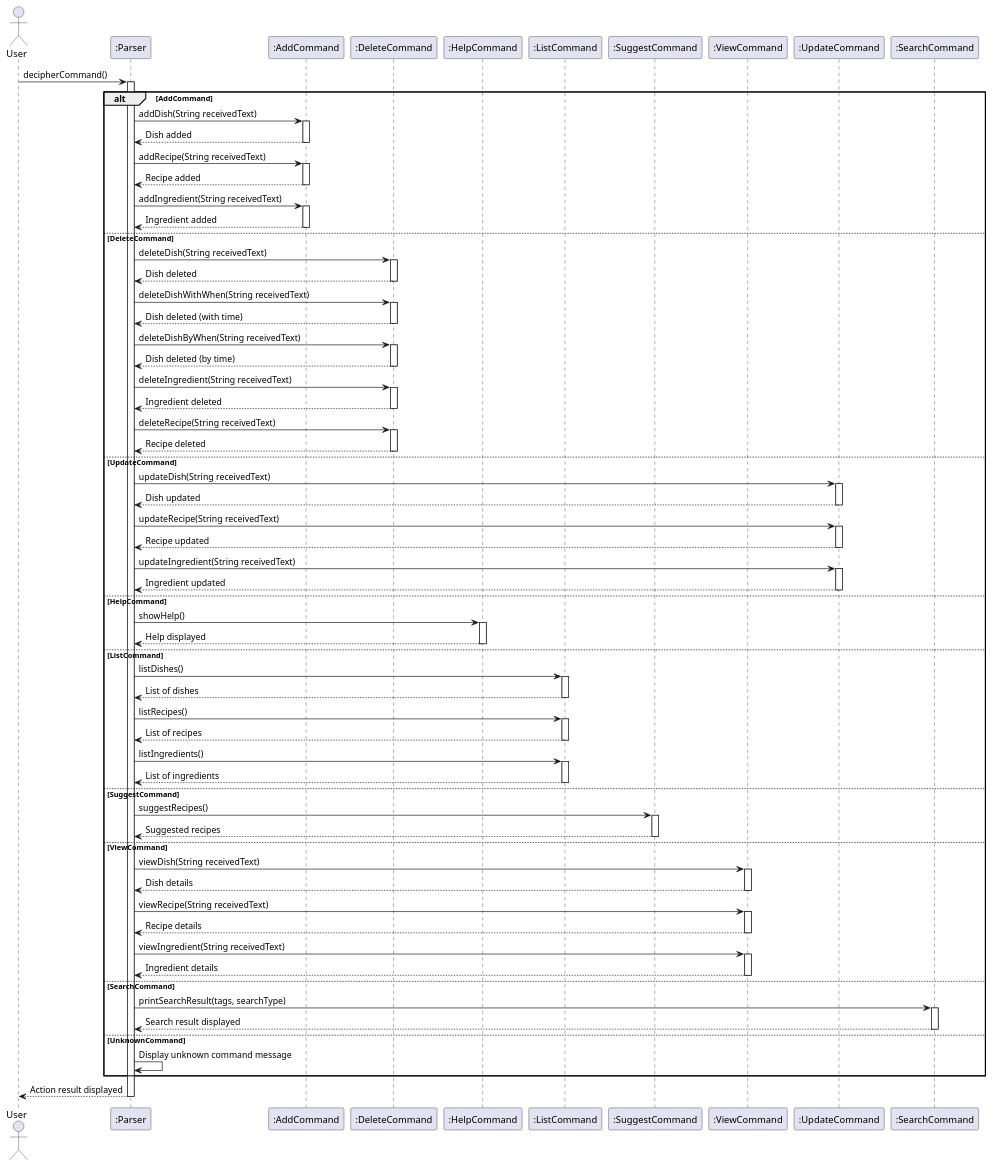
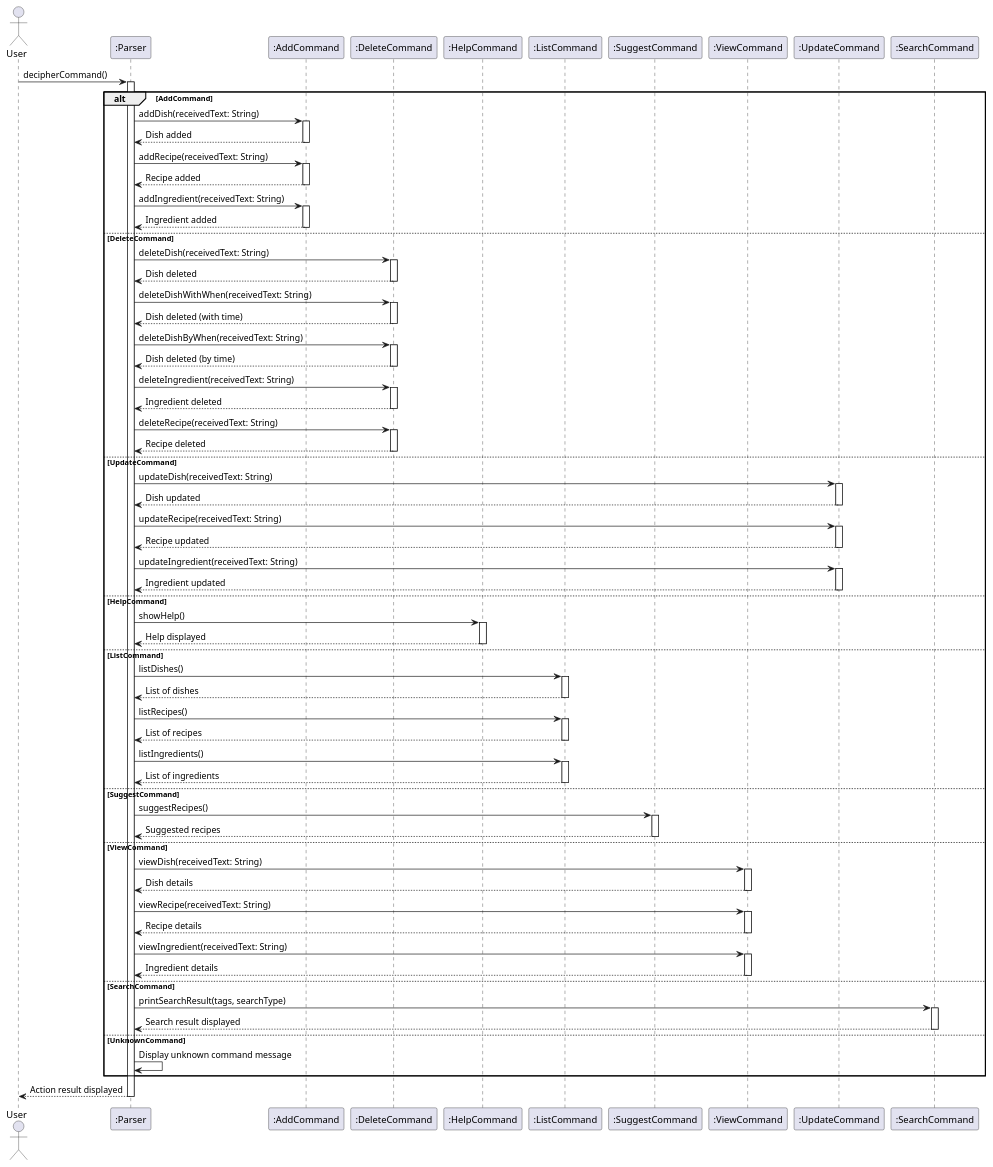
Before and after one commit to whalesyong/tp: the diagram in src/main/java/seedu/cookingaids/diagrams/Commands.puml, drawn with PlantUML. The commit also changed 2 other files, not shown here.

Commit message:
Updated commands sequence diagram to follow conventions

```diff
--- a/src/main/java/seedu/cookingaids/diagrams/Commands.puml
+++ b/src/main/java/seedu/cookingaids/diagrams/Commands.puml
@@ -1,130 +1,130 @@
 @startuml
 actor User
 participant ":Parser" as Parser
 participant ":AddCommand" as AddCommand
 participant ":DeleteCommand" as DeleteCommand
 participant ":HelpCommand" as HelpCommand
 participant ":ListCommand" as ListCommand
 participant ":SuggestCommand" as SuggestCommand
 participant ":ViewCommand" as ViewCommand
 participant ":UpdateCommand" as UpdateCommand
 participant ":SearchCommand" as SearchCommand
 
 User -> Parser: decipherCommand()
 activate Parser
 
 alt AddCommand
-    Parser -> AddCommand: addDish(String receivedText)
+    Parser -> AddCommand: addDish(receivedText: String)
     activate AddCommand
     AddCommand --> Parser: Dish added
     deactivate AddCommand
 
-    Parser -> AddCommand: addRecipe(String receivedText)
+    Parser -> AddCommand: addRecipe(receivedText: String)
     activate AddCommand
     AddCommand --> Parser: Recipe added
     deactivate AddCommand
 
-    Parser -> AddCommand: addIngredient(String receivedText)
+    Parser -> AddCommand: addIngredient(receivedText: String)
     activate AddCommand
     AddCommand --> Parser: Ingredient added
     deactivate AddCommand
 
 else DeleteCommand
-    Parser -> DeleteCommand: deleteDish(String receivedText)
+    Parser -> DeleteCommand: deleteDish(receivedText: String)
     activate DeleteCommand
     DeleteCommand --> Parser: Dish deleted
     deactivate DeleteCommand
 
-    Parser -> DeleteCommand: deleteDishWithWhen(String receivedText)
+    Parser -> DeleteCommand: deleteDishWithWhen(receivedText: String)
     activate DeleteCommand
     DeleteCommand --> Parser: Dish deleted (with time)
     deactivate DeleteCommand
 
-    Parser -> DeleteCommand: deleteDishByWhen(String receivedText)
+    Parser -> DeleteCommand: deleteDishByWhen(receivedText: String)
     activate DeleteCommand
     DeleteCommand --> Parser: Dish deleted (by time)
     deactivate DeleteCommand
 
-    Parser -> DeleteCommand: deleteIngredient(String receivedText)
+    Parser -> DeleteCommand: deleteIngredient(receivedText: String)
     activate DeleteCommand
     DeleteCommand --> Parser: Ingredient deleted
     deactivate DeleteCommand
 
-    Parser -> DeleteCommand: deleteRecipe(String receivedText)
+    Parser -> DeleteCommand: deleteRecipe(receivedText: String)
     activate DeleteCommand
     DeleteCommand --> Parser: Recipe deleted
     deactivate DeleteCommand
 
 else UpdateCommand
-    Parser -> UpdateCommand: updateDish(String receivedText)
+    Parser -> UpdateCommand: updateDish(receivedText: String)
     activate UpdateCommand
     UpdateCommand --> Parser: Dish updated
     deactivate UpdateCommand
 
-    Parser -> UpdateCommand: updateRecipe(String receivedText)
+    Parser -> UpdateCommand: updateRecipe(receivedText: String)
     activate UpdateCommand
     UpdateCommand --> Parser: Recipe updated
     deactivate UpdateCommand
 
-    Parser -> UpdateCommand: updateIngredient(String receivedText)
+    Parser -> UpdateCommand: updateIngredient(receivedText: String)
     activate UpdateCommand
     UpdateCommand --> Parser: Ingredient updated
     deactivate UpdateCommand
 
 else HelpCommand
     Parser -> HelpCommand: showHelp()
     activate HelpCommand
     HelpCommand --> Parser: Help displayed
     deactivate HelpCommand
 
 else ListCommand
     Parser -> ListCommand: listDishes()
     activate ListCommand
     ListCommand --> Parser: List of dishes
     deactivate ListCommand
 
     Parser -> ListCommand: listRecipes()
     activate ListCommand
     ListCommand --> Parser: List of recipes
     deactivate ListCommand
 
     Parser -> ListCommand: listIngredients()
     activate ListCommand
     ListCommand --> Parser: List of ingredients
     deactivate ListCommand
 
 else SuggestCommand
     Parser -> SuggestCommand: suggestRecipes()
     activate SuggestCommand
     SuggestCommand --> Parser: Suggested recipes
     deactivate SuggestCommand
 
 else ViewCommand
-    Parser -> ViewCommand: viewDish(String receivedText)
+    Parser -> ViewCommand: viewDish(receivedText: String)
     activate ViewCommand
     ViewCommand --> Parser: Dish details
     deactivate ViewCommand
 
-    Parser -> ViewCommand: viewRecipe(String receivedText)
+    Parser -> ViewCommand: viewRecipe(receivedText: String)
     activate ViewCommand
     ViewCommand --> Parser: Recipe details
     deactivate ViewCommand
 
-    Parser -> ViewCommand: viewIngredient(String receivedText)
+    Parser -> ViewCommand: viewIngredient(receivedText: String)
     activate ViewCommand
     ViewCommand --> Parser: Ingredient details
     deactivate ViewCommand
 
 else SearchCommand
     Parser -> SearchCommand: printSearchResult(tags, searchType)
     activate SearchCommand
     SearchCommand --> Parser: Search result displayed
     deactivate SearchCommand
 
 else UnknownCommand
     Parser -> Parser: Display unknown command message
 end
 
 Parser --> User: Action result displayed
 deactivate Parser
 @enduml
```
